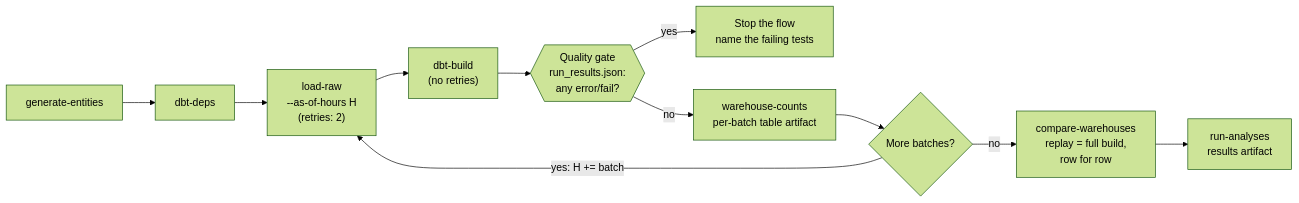
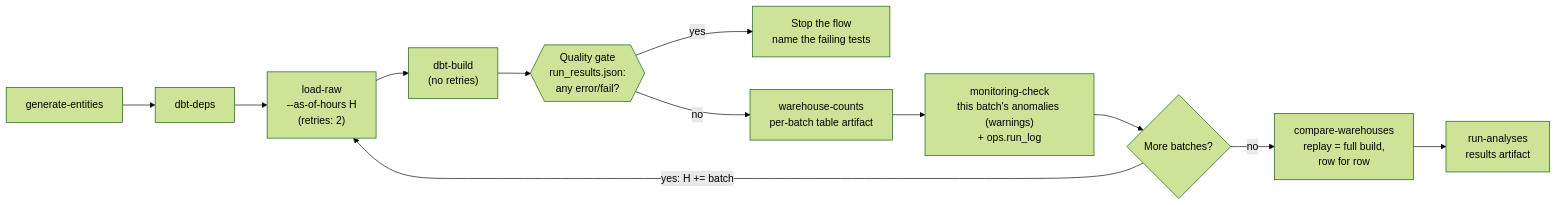
One commit to karthikrk1/payments-risk-warehouse changed the third of 5 diagrams in docs/architecture.md. Above: the diagram before and after it, drawn with Mermaid (forest theme). The commit also changed other lines of this file and 16 other files, not shown here.

````diff
--- a/docs/architecture.md
+++ b/docs/architecture.md
@@ -79,19 +85,20 @@
 ```mermaid
 flowchart LR
     gen["generate-entities"]
     deps["dbt-deps"]
     load["load-raw<br/>--as-of-hours H<br/>(retries: 2)"]
     build["dbt-build<br/>(no retries)"]
     gate{{"Quality gate<br/>run_results.json:<br/>any error/fail?"}}
     stop["Stop the flow<br/>name the failing tests"]
     counts["warehouse-counts<br/>per-batch table artifact"]
+    mon["monitoring-check<br/>this batch's anomalies (warnings)<br/>+ ops.run_log"]
     next{"More batches?"}
     compare["compare-warehouses<br/>replay = full build,<br/>row for row"]
     analyses["run-analyses<br/>results artifact"]
 
     gen --> deps --> load --> build --> gate
     gate -- yes --> stop
-    gate -- no --> counts --> next
+    gate -- no --> counts --> mon --> next
     next -- "yes: H += batch" --> load
     next -- no --> compare --> analyses
 ```
````
